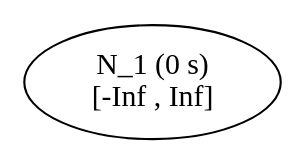
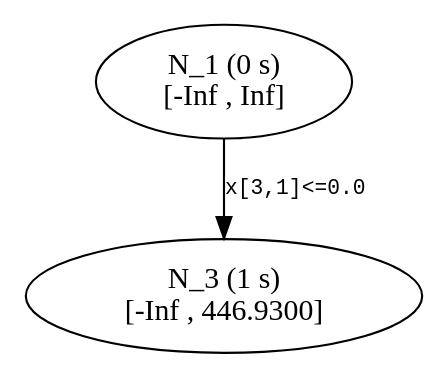
One commit to atoptima/Coluna.jl changed the diagram in previews/PR809/start/tree2.dot. Above: the diagram before and after it, drawn with Graphviz. The commit also changed 17 other files, not shown here.

```diff
--- a/previews/PR809/start/tree2.dot
+++ b/previews/PR809/start/tree2.dot
@@ -1,5 +1,8 @@
 ## dot -Tpdf thisfile > thisfile.pdf 
 
 digraph Branching_Tree {
 	edge[fontname = "Courier", fontsize = 10];
-	n1 [label= "N_1 (0 s) \n[-Inf , Inf]"];}
+	n1 [label= "N_1 (0 s) \n[-Inf , Inf]"];
+	n3 [label= "N_3 (1 s) \n[-Inf , 446.9300]"];
+	n1 -> n3 [label= "x[3,1]<=0.0"];
+}
```
